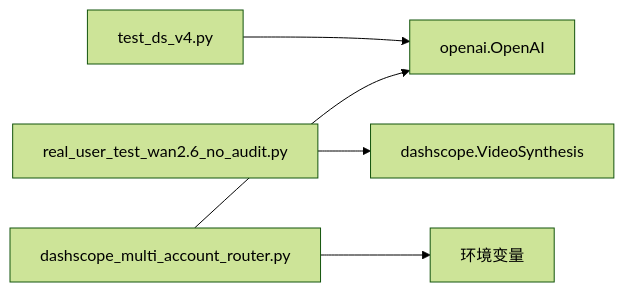
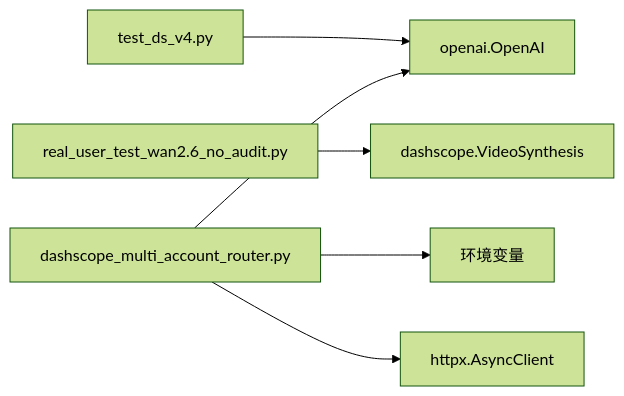
The eighth of 8 diagrams in .qoder/repowiki/zh/content/技术实现细节/技术实现细节.md (EthanNiWorld/AI-Native-SA-2026), drawn with Mermaid (forest theme) before and after one commit. The commit also changed other lines of this file and 7 other files, not shown here.

````diff
--- a/.qoder/repowiki/zh/content/技术实现细节/技术实现细节.md
+++ b/.qoder/repowiki/zh/content/技术实现细节/技术实现细节.md
@@ -308,7 +393,8 @@
 ```mermaid
 graph LR
 TEST["test_ds_v4.py"] --> OA["openai.OpenAI"]
 WAN["real_user_test_wan2.6_no_audit.py"] --> DS["dashscope.VideoSynthesis"]
 ROUTER["dashscope_multi_account_router.py"] --> OA
 ROUTER --> ENV["环境变量"]
+ROUTER --> HTTPX["httpx.AsyncClient"]
 ```
````
